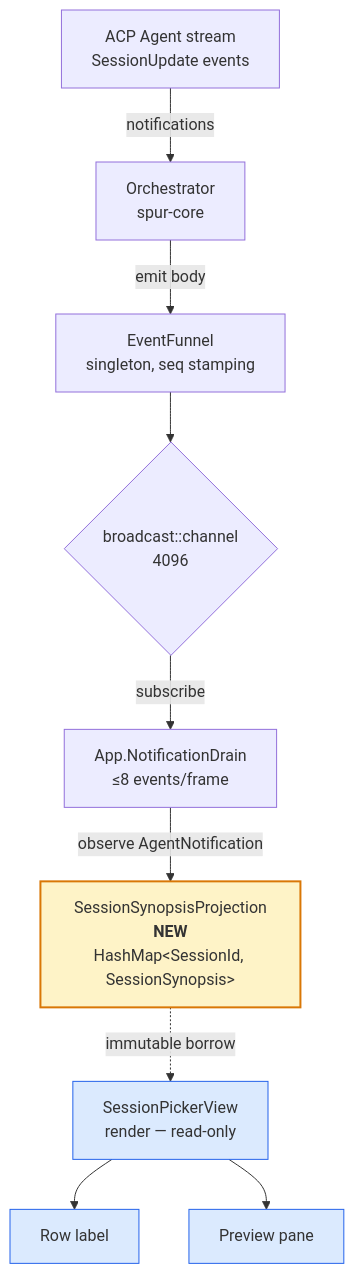
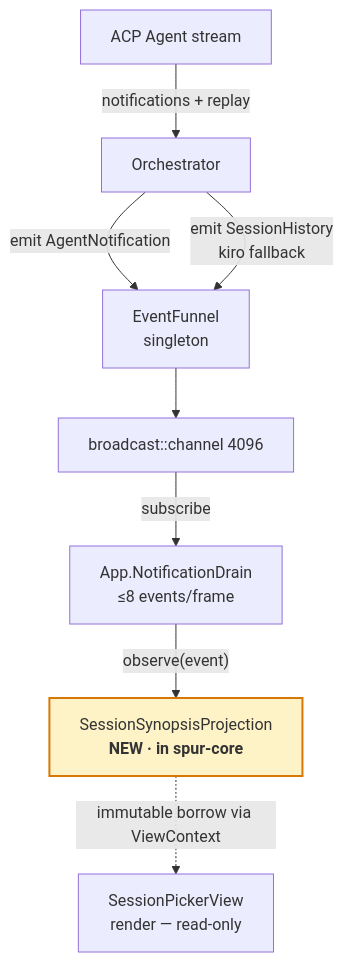
One commit to getspur/spur changed the first of 2 diagrams in docs/superpowers/specs/2026-04-28-session-picker-recall-revamp-design.md. Above: the diagram before and after it, drawn with Mermaid. The commit also changed other lines of this file, not shown here.

First line of the commit message:
docs(spec): third revision — projection in core, kiro path, accumulator

````diff
--- a/docs/superpowers/specs/2026-04-28-session-picker-recall-revamp-design.md
+++ b/docs/superpowers/specs/2026-04-28-session-picker-recall-revamp-design.md
@@ -78,26 +77,21 @@
 ```mermaid
 flowchart TD
-    ACP[ACP Agent stream<br/>SessionUpdate events]
-    Orch[Orchestrator<br/>spur-core]
-    Funnel[EventFunnel<br/>singleton, seq stamping]
-    BC{broadcast::channel<br/>4096}
+    ACP[ACP Agent stream]
+    Orch[Orchestrator]
+    Funnel[EventFunnel<br/>singleton]
+    BC[broadcast::channel 4096]
     AppPump[App.NotificationDrain<br/>≤8 events/frame]
-    Proj[SessionSynopsisProjection<br/><b>NEW</b><br/>HashMap&lt;SessionId, SessionSynopsis&gt;]
+    Proj[SessionSynopsisProjection<br/><b>NEW · in spur-core</b>]
     Picker[SessionPickerView<br/>render — read-only]
-    Row[Row label]
-    Preview[Preview pane]
 
-    ACP -->|notifications| Orch
-    Orch -->|emit body| Funnel
+    ACP -->|notifications + replay| Orch
+    Orch -->|emit AgentNotification| Funnel
+    Orch -->|emit SessionHistory<br/>kiro fallback| Funnel
     Funnel --> BC
     BC -->|subscribe| AppPump
-    AppPump -->|observe AgentNotification| Proj
-    Proj -.immutable borrow.-> Picker
-    Picker --> Row
-    Picker --> Preview
+    AppPump -->|observe&lpar;event&rpar;| Proj
+    Proj -.immutable borrow via ViewContext.-> Picker
 
-    classDef projection fill:#fef3c7,stroke:#d97706,stroke-width:2px
-    classDef readPath fill:#dbeafe,stroke:#2563eb
-    class Proj projection
-    class Picker,Row,Preview readPath
+    classDef new fill:#fef3c7,stroke:#d97706,stroke-width:2px
+    class Proj new
 ```
````
